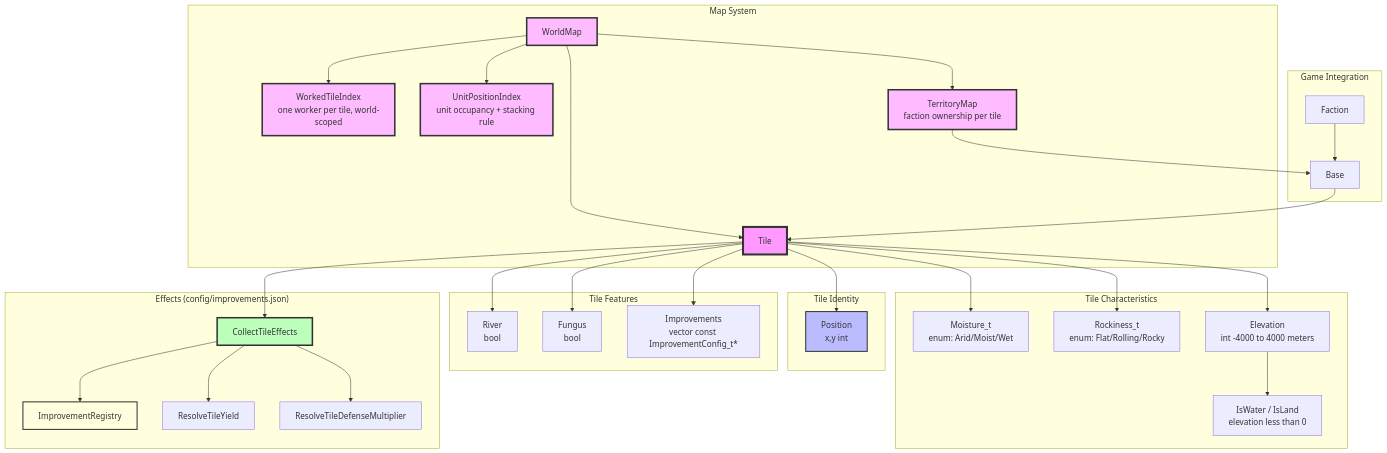
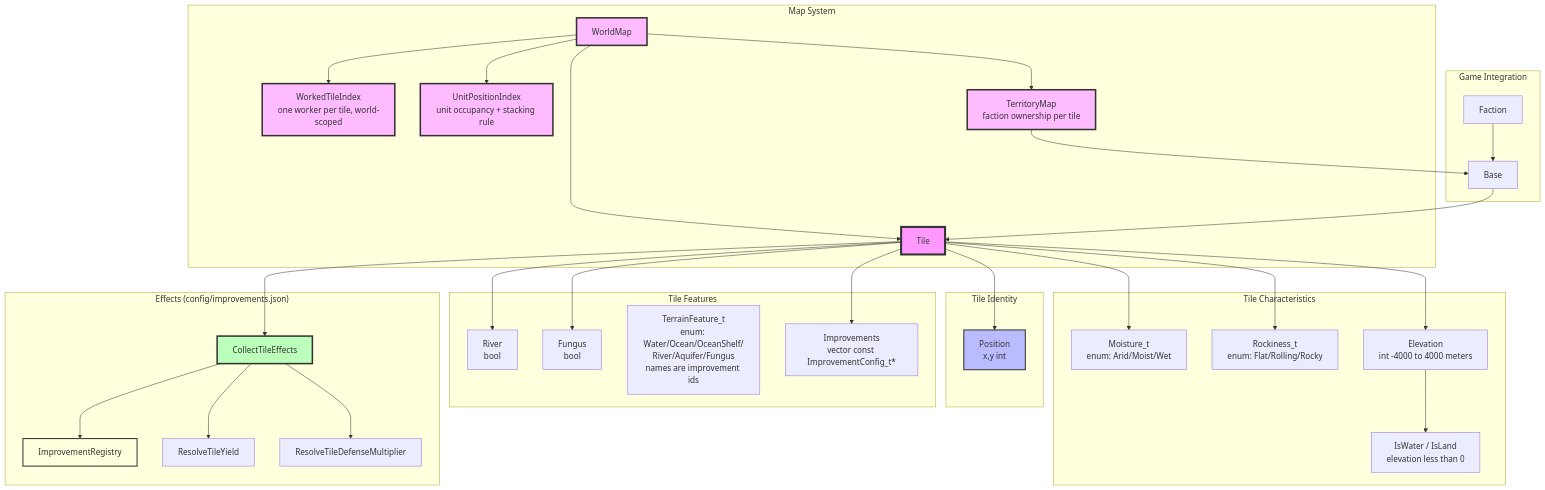
The first of 2 diagrams in docs/architecture/map-system.md (kilianloftis/alpha-centauri), drawn with Mermaid before and after one commit. The commit also changed other lines of this file and 17 other files, not shown here.

````diff
--- a/docs/architecture/map-system.md
+++ b/docs/architecture/map-system.md
@@ -3,68 +3,69 @@
 ```mermaid
 graph TB
     subgraph "Map System"
         WorldMap[WorldMap]
         Tile[Tile]
         WorkedTileIndex[WorkedTileIndex<br/>one worker per tile, world-scoped]
         UnitPositionIndex[UnitPositionIndex<br/>unit occupancy + stacking rule]
         TerritoryMap[TerritoryMap<br/>faction ownership per tile]
     end
 
     subgraph "Tile Identity"
         Position[Position<br/>x,y int]
     end
 
     subgraph "Tile Characteristics"
         Moisture_t[Moisture_t<br/>enum: Arid/Moist/Wet]
         Rockiness_t[Rockiness_t<br/>enum: Flat/Rolling/Rocky]
         Elevation[Elevation<br/>int -4000 to 4000 meters]
         LandSea[IsWater / IsLand<br/>elevation less than 0]
     end
 
     subgraph "Tile Features"
         River[River<br/>bool]
         Fungus[Fungus<br/>bool]
+        TerrainFeature_t[TerrainFeature_t<br/>enum: Water/Ocean/OceanShelf/<br/>River/Aquifer/Fungus<br/>names are improvement ids]
         Improvements[Improvements<br/>vector const ImprovementConfig_t*]
     end
 
     subgraph "Effects (config/improvements.json)"
         ImprovementRegistry[ImprovementRegistry]
         CollectTileEffects[CollectTileEffects]
         ResolveTileYield[ResolveTileYield]
         ResolveTileDefenseMultiplier[ResolveTileDefenseMultiplier]
     end
 
     subgraph "Game Integration"
         Base[Base]
         Faction[Faction]
     end
 
     WorldMap --> Tile
     WorldMap --> WorkedTileIndex
     WorldMap --> UnitPositionIndex
     WorldMap --> TerritoryMap
     Tile --> Position
     Tile --> Moisture_t
     Tile --> Rockiness_t
     Tile --> Elevation
     Elevation --> LandSea
     Tile --> River
     Tile --> Fungus
     Tile --> Improvements
     Tile --> CollectTileEffects
     CollectTileEffects --> ImprovementRegistry
     CollectTileEffects --> ResolveTileYield
     CollectTileEffects --> ResolveTileDefenseMultiplier
     TerritoryMap --> Base
     Base --> Tile
     Faction --> Base
 
     style Tile fill:#f9f,stroke:#333,stroke-width:4px
     style WorldMap fill:#fbf,stroke:#333,stroke-width:3px
     style Position fill:#bbf,stroke:#333,stroke-width:2px
     style WorkedTileIndex fill:#fbf,stroke:#333,stroke-width:3px
     style UnitPositionIndex fill:#fbf,stroke:#333,stroke-width:3px
     style TerritoryMap fill:#fbf,stroke:#333,stroke-width:3px
     style ImprovementRegistry fill:#ffd,stroke:#333,stroke-width:2px
     style CollectTileEffects fill:#bfb,stroke:#333,stroke-width:3px
 ```
````
